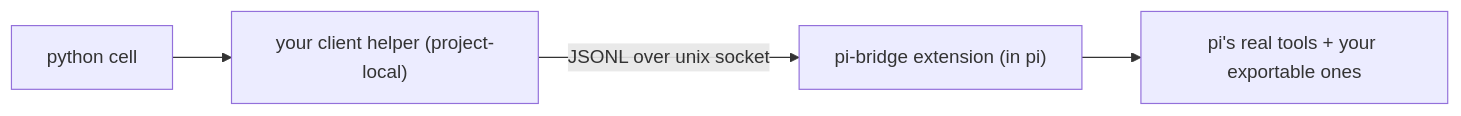
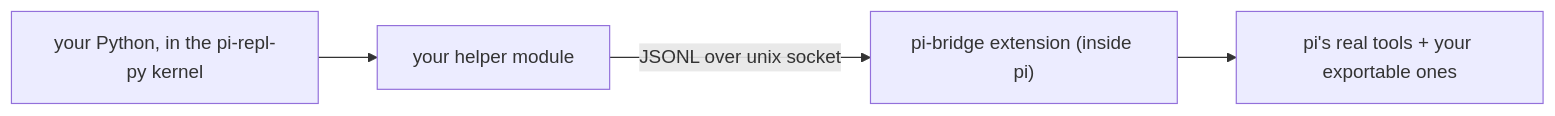
One commit to k3-2o/pi-bridge changed the diagram in README.md. Above: the diagram before and after it, drawn with Mermaid. The commit also changed other lines of this file, not shown here.

Commit message:
README: explain the setup to a stranger first — pi-repl-py context, then the bridge

````diff
--- a/README.md
+++ b/README.md
@@ -16,6 +19,6 @@
 ```mermaid
 flowchart LR
-    cell["python cell"] --> client["your client helper (project-local)"]
-    client -- "JSONL over unix socket" --> server["pi-bridge extension (in pi)"]
-    server --> tools["pi's real tools + your exportable ones"]
+    code["your Python, in the pi-repl-py kernel"] --> helper["your helper module"]
+    helper -- "JSONL over unix socket" --> bridge["pi-bridge extension (inside pi)"]
+    bridge --> tools["pi's real tools + your exportable ones"]
 ```
````
